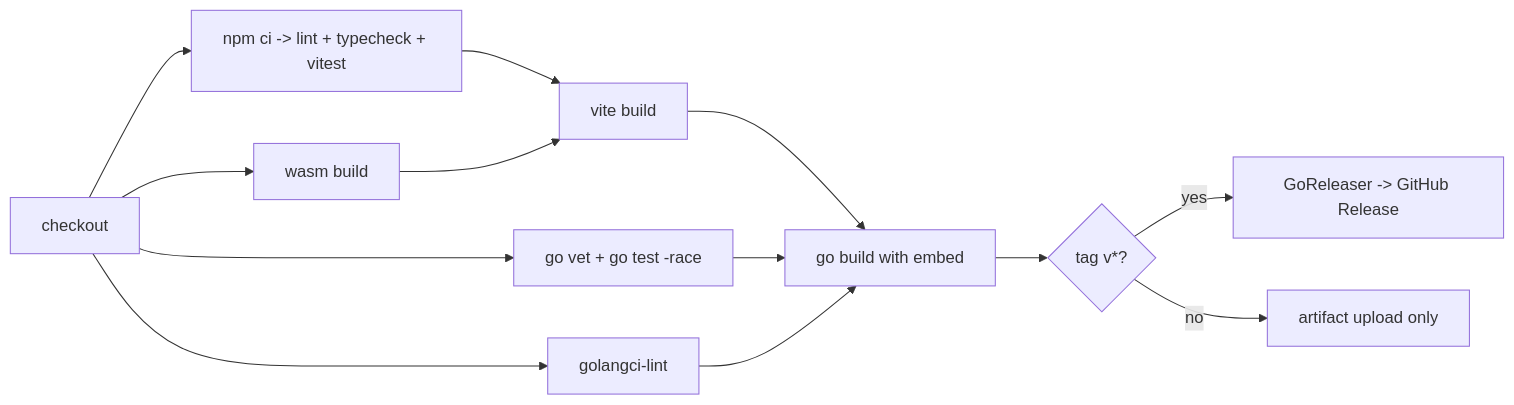
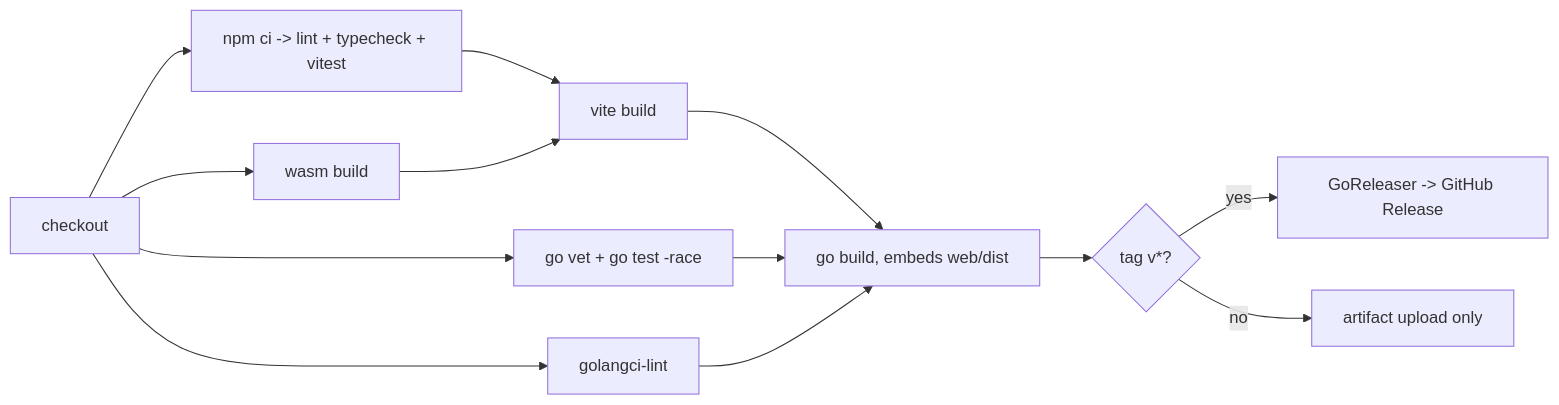
The diagram in docs/09-ci-cd-and-releases.md (digiogithub/git-in-track), drawn with Mermaid before and after one commit. The commit also changed other lines of this file and 5 other files, not shown here.

````diff
--- a/docs/09-ci-cd-and-releases.md
+++ b/docs/09-ci-cd-and-releases.md
@@ -35,15 +37,15 @@
 ```mermaid
 graph LR
   A[checkout] --> B[go vet + go test -race]
   A --> C[golangci-lint]
   A --> D[npm ci -> lint + typecheck + vitest]
   D --> E[vite build]
   A --> F[wasm build]
   F --> E
-  E --> G[go build with embed]
+  E --> G[go build, embeds web/dist]
   B --> G
   C --> G
   G --> H{tag v*?}
   H -- yes --> I[GoReleaser -> GitHub Release]
   H -- no --> J[artifact upload only]
 ```
````
